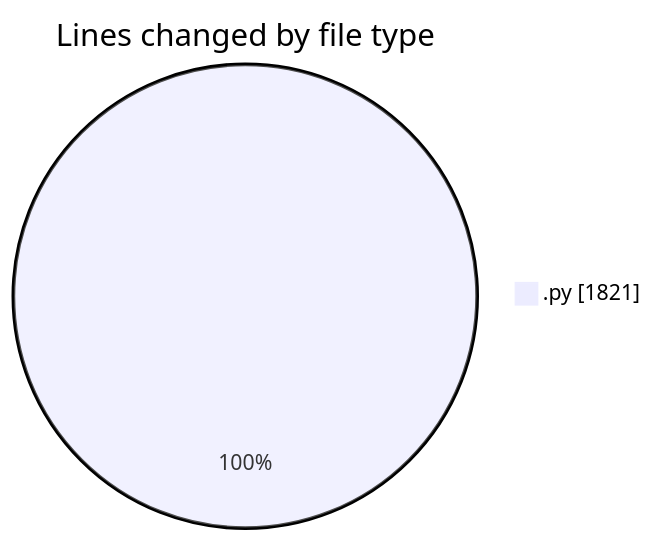
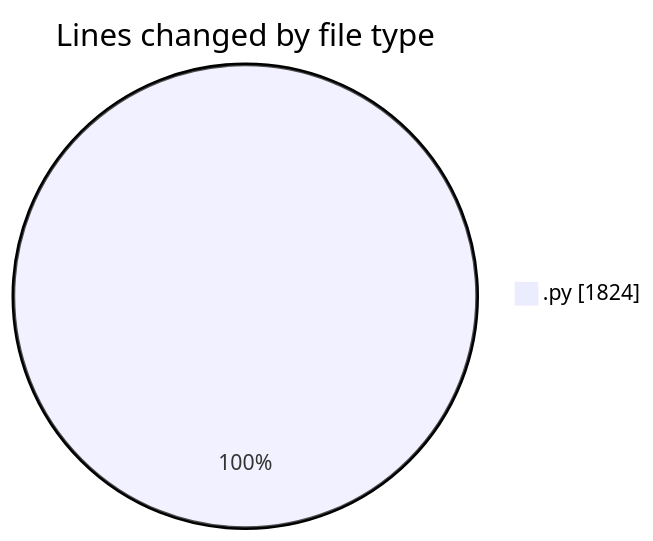
The first of 2 diagrams in 2025-05-08/myws__workspace_/README.md (MatusMokan/code-tracking), drawn with Mermaid before and after one commit. The commit also changed other lines of this file and 1 other file, not shown here.

````diff
--- a/2025-05-08/myws__workspace_/README.md
+++ b/2025-05-08/myws__workspace_/README.md
@@ -22,5 +22,5 @@
 ```mermaid
 pie showData
 title Lines changed by file type
-".py" : 1821
+".py" : 1824
 ```
````
